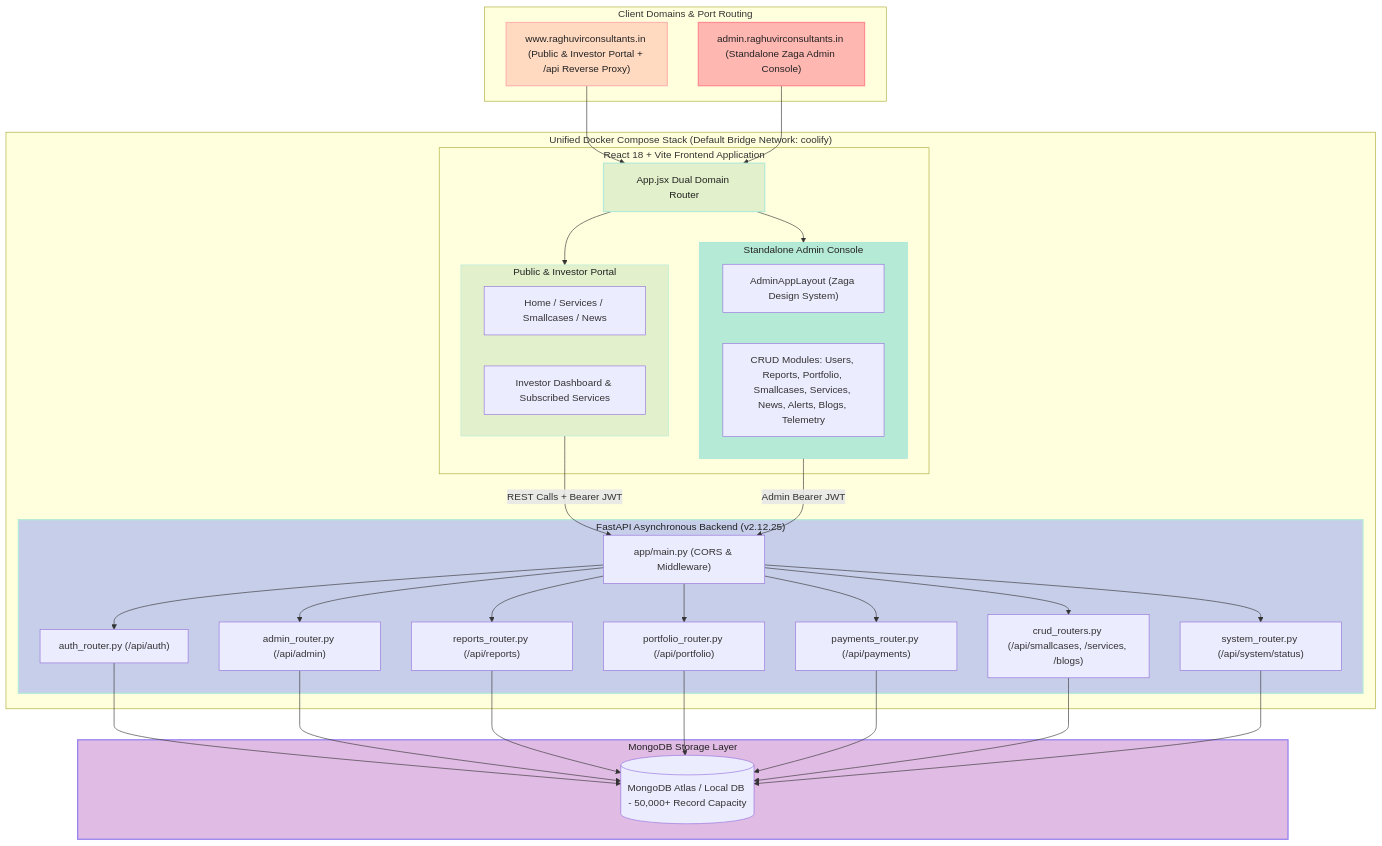
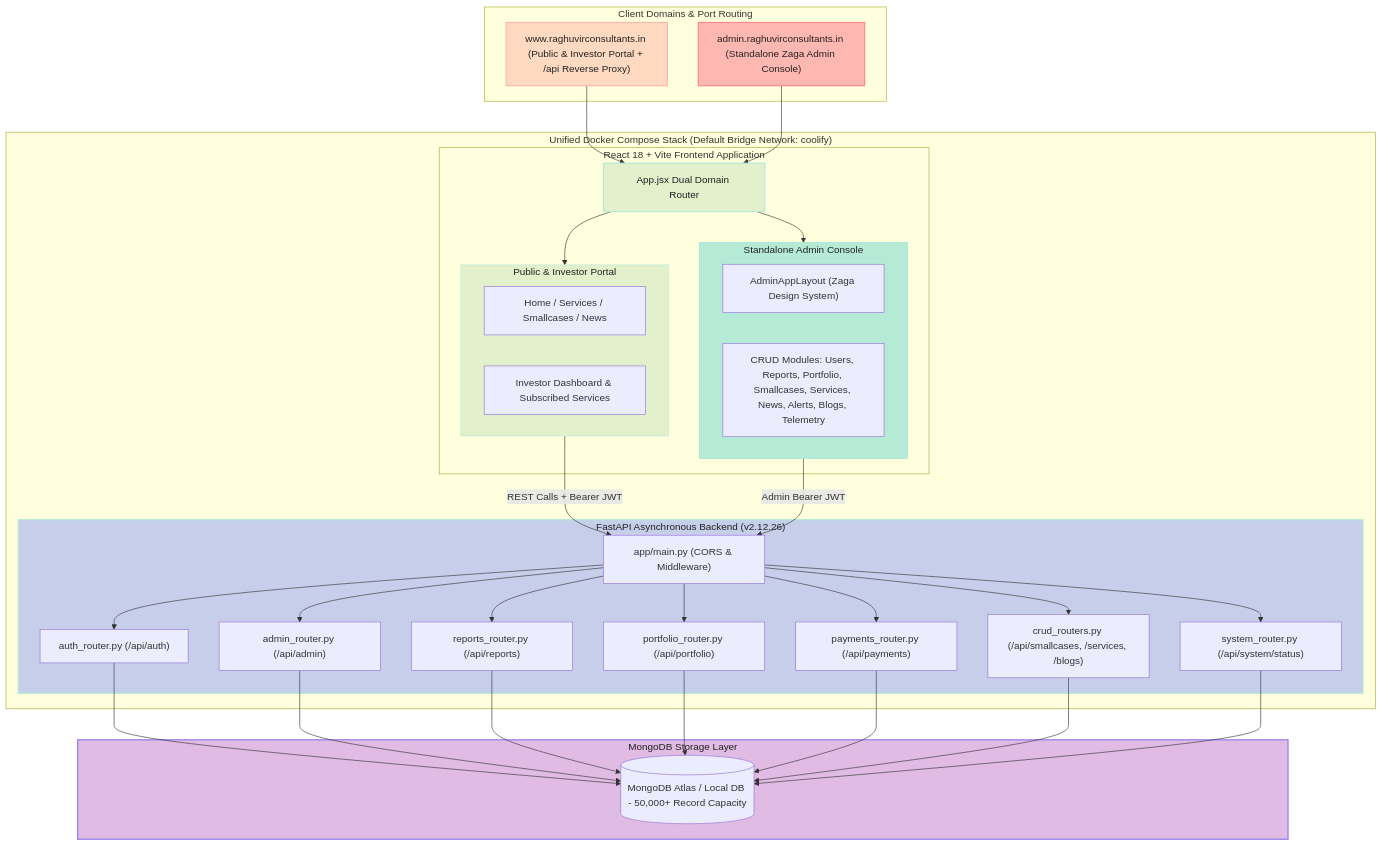
One commit to tejasrsuthar/raghuvirconsultants-site changed the first of 2 diagrams in backend/docs/ARCHITECTURE.md. Above: the diagram before and after it, drawn with Mermaid. The commit also changed other lines of this file and 9 other files, not shown here.

````diff
--- a/backend/docs/ARCHITECTURE.md
+++ b/backend/docs/ARCHITECTURE.md
@@ -14,72 +14,72 @@
 ```mermaid
 graph TD
     subgraph ClientDomains["Client Domains & Port Routing"]
         PublicDomain["www.raghuvirconsultants.in (Public & Investor Portal + /api Reverse Proxy)"]
         AdminDomain["admin.raghuvirconsultants.in (Standalone Zaga Admin Console)"]
     end
 
     subgraph ComposeStack["Unified Docker Compose Stack (Default Bridge Network: coolify)"]
         subgraph ReactFrontend["React 18 + Vite Frontend Application"]
             AppRouter["App.jsx Dual Domain Router"]
             
             subgraph PublicPortal["Public & Investor Portal"]
               PublicViews["Home / Services / Smallcases / News"]
               InvestorPortal["Investor Dashboard & Subscribed Services"]
             end
 
             subgraph ZagaAdmin["Standalone Admin Console"]
               AdminLayout["AdminAppLayout (Zaga Design System)"]
               AdminModules["CRUD Modules: Users, Reports, Portfolio, Smallcases, Services, News, Alerts, Blogs, Telemetry"]
             end
         end
 
-        subgraph FastAPIServer["FastAPI Asynchronous Backend (v2.12.25)"]
+        subgraph FastAPIServer["FastAPI Asynchronous Backend (v2.12.26)"]
             API["app/main.py (CORS & Middleware)"]
             AuthRouter["auth_router.py (/api/auth)"]
             AdminRouter["admin_router.py (/api/admin)"]
             ReportsRouter["reports_router.py (/api/reports)"]
             PortfolioRouter["portfolio_router.py (/api/portfolio)"]
             PaymentsRouter["payments_router.py (/api/payments)"]
             CRUDRouters["crud_routers.py (/api/smallcases, /services, /blogs)"]
             SystemRouter["system_router.py (/api/system/status)"]
         end
     end
 
     subgraph DataStore["MongoDB Storage Layer"]
         MongoDB[(MongoDB Atlas / Local DB - 50,000+ Record Capacity)]
     end
 
     PublicDomain --> AppRouter
     AdminDomain --> AppRouter
 
     AppRouter --> PublicPortal
     AppRouter --> ZagaAdmin
 
     PublicPortal -->|REST Calls + Bearer JWT| API
     ZagaAdmin -->|Admin Bearer JWT| API
 
     API --> AuthRouter
     API --> AdminRouter
     API --> ReportsRouter
     API --> PortfolioRouter
     API --> PaymentsRouter
     API --> CRUDRouters
     API --> SystemRouter
 
     AuthRouter --> MongoDB
     AdminRouter --> MongoDB
     ReportsRouter --> MongoDB
     PortfolioRouter --> MongoDB
     PaymentsRouter --> MongoDB
     CRUDRouters --> MongoDB
     SystemRouter --> MongoDB
 
     %% Pastel Color Palette Styling
     style PublicDomain fill:#FFDAC1,stroke:#FFB7B2,stroke-width:2px,color:#222;
     style AdminDomain fill:#FFB7B2,stroke:#FF8B94,stroke-width:2px,color:#222;
     style AppRouter fill:#E2F0CB,stroke:#B5EAD7,stroke-width:2px,color:#222;
     style PublicPortal fill:#E2F0CB,stroke:#B5EAD7,stroke-width:1px,color:#222;
     style ZagaAdmin fill:#B5EAD7,stroke:#93E1D8,stroke-width:1px,color:#222;
     style FastAPIServer fill:#C7CEEA,stroke:#B5EAD7,stroke-width:2px,color:#222;
     style DataStore fill:#E0BBE4,stroke:#957FEF,stroke-width:2px,color:#222;
 ```
````
